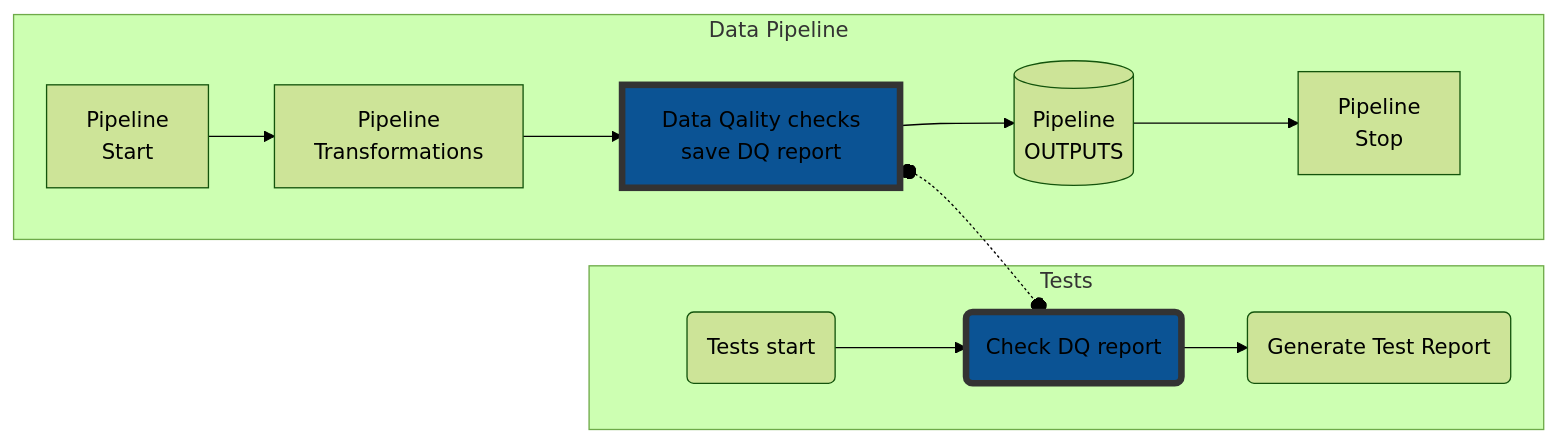
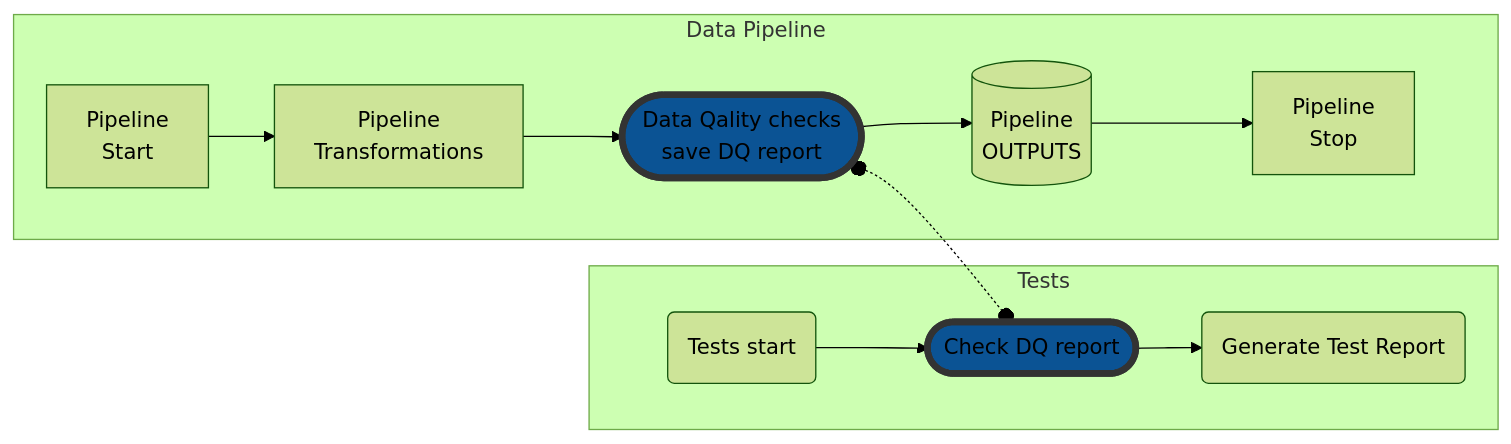
Before and after one commit to kravchenkog/dq_integration_example: the first of 2 diagrams in README.md, drawn with Mermaid (forest theme).

````diff
--- a/README.md
+++ b/README.md
@@ -26,16 +26,16 @@
 ```mermaid
     flowchart LR
     style C fill:#0b5394,stroke:#333,stroke-width:5px
     style G fill:#0b5394,stroke:#333,stroke-width:5px
     
     subgraph Data Pipeline
     A[Pipeline</br> Start] --> B[Pipeline</br> Transformations]
-    B --> C[Data Qality checks </br> save DQ report]
+    B --> C([Data Qality checks </br> save DQ report])
     C --> D[(Pipeline </br>OUTPUTS)] --> E[Pipeline</br> Stop]
     end
     subgraph Tests
-    F(Tests start) --> G(Check DQ report) --> H(Generate Test Report)
+    F(Tests start) --> G([Check DQ report]) --> H(Generate Test Report)
     C o-.-o G
     end
 
 ```
````
